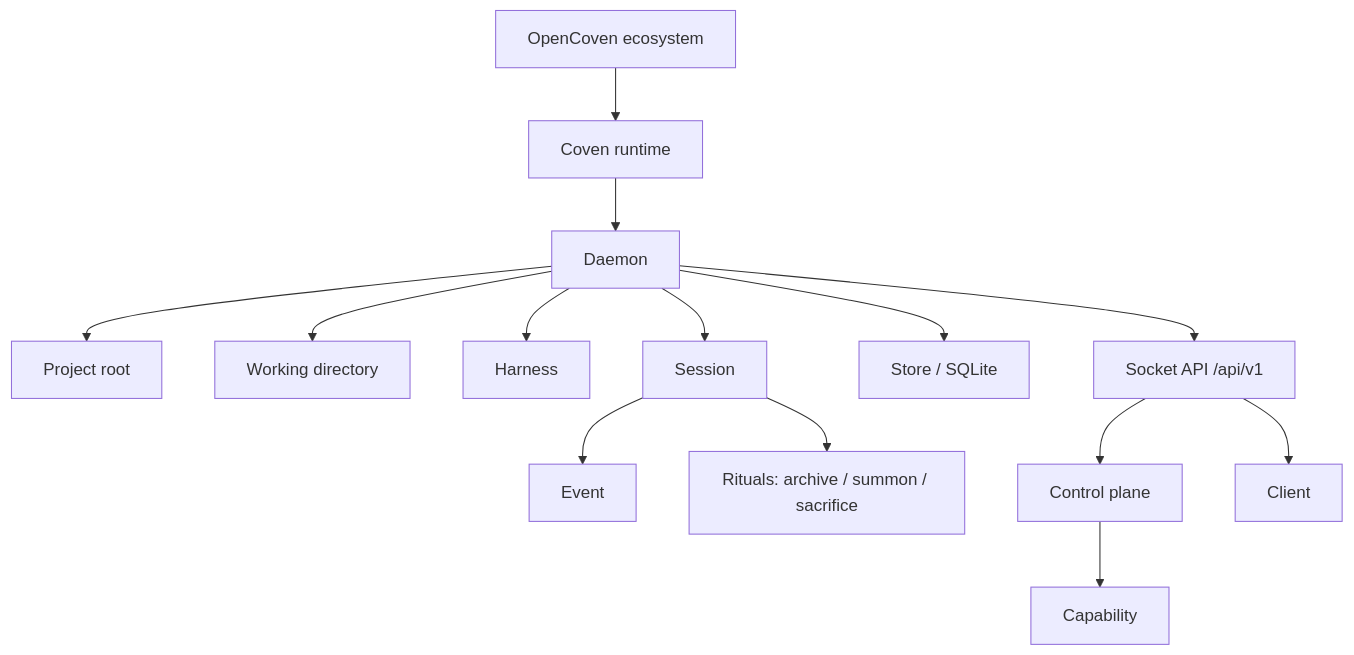
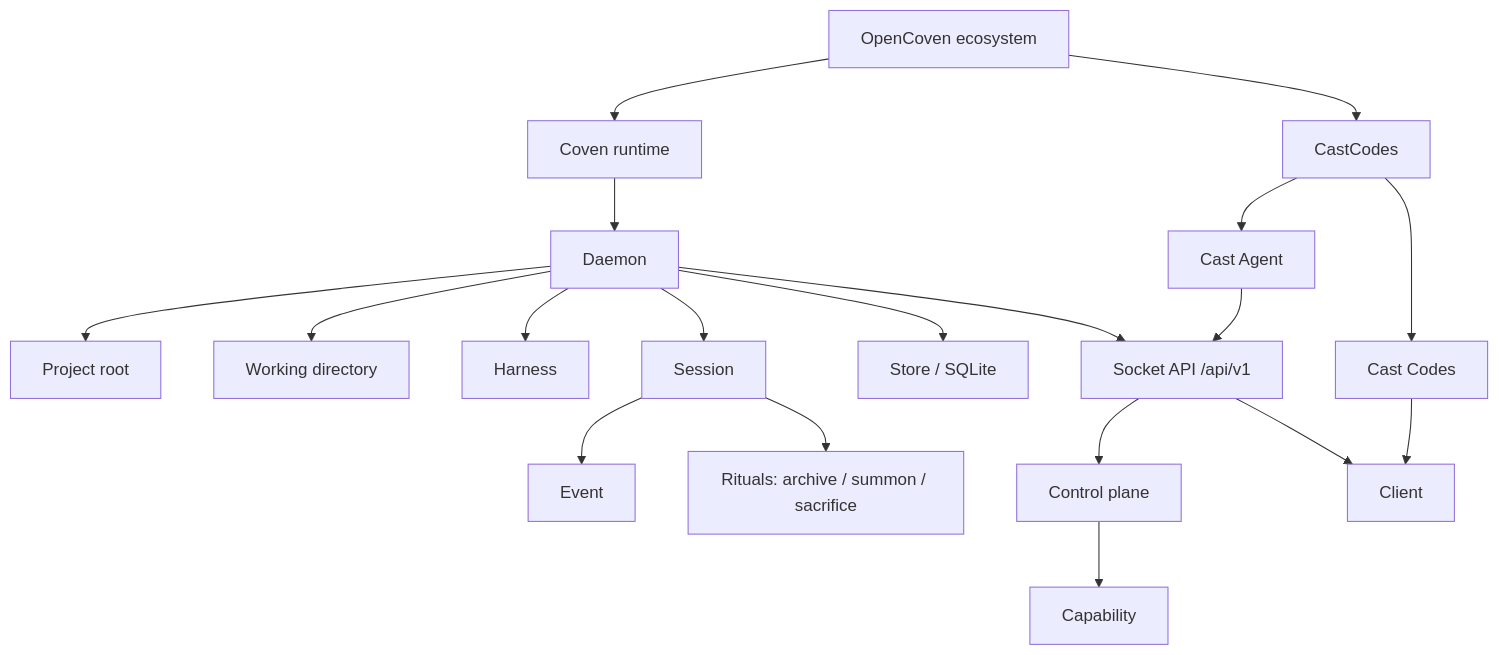
One commit to OpenCoven/coven-docs changed the diagram in content/docs/guide/concepts.mdx. Above: the diagram before and after it, drawn with Mermaid. The commit also changed other lines of this file and 19 other files, not shown here.

Commit message:
docs: align docs around CastCodes architecture

````diff
--- a/content/docs/guide/concepts.mdx
+++ b/content/docs/guide/concepts.mdx
@@ -20,16 +20,21 @@
 ```mermaid
 flowchart TB
   OpenCoven[OpenCoven ecosystem] --> Coven[Coven runtime]
+  OpenCoven --> CastCodes[CastCodes]
+  CastCodes --> CastAgent[Cast Agent]
+  CastCodes --> CastCode[Cast Codes]
   Coven --> Daemon[Daemon]
   Daemon --> Project[Project root]
   Daemon --> Cwd[Working directory]
   Daemon --> Harness[Harness]
   Daemon --> Session[Session]
   Session --> Event[Event]
   Daemon --> Store[Store / SQLite]
   Daemon --> Socket[Socket API /api/v1]
   Socket --> ControlPlane[Control plane]
   ControlPlane --> Capability[Capability]
   Socket --> Client[Client]
+  CastCode --> Client
+  CastAgent --> Socket
   Session --> Ritual["Rituals: archive / summon / sacrifice"]
 ```
````
